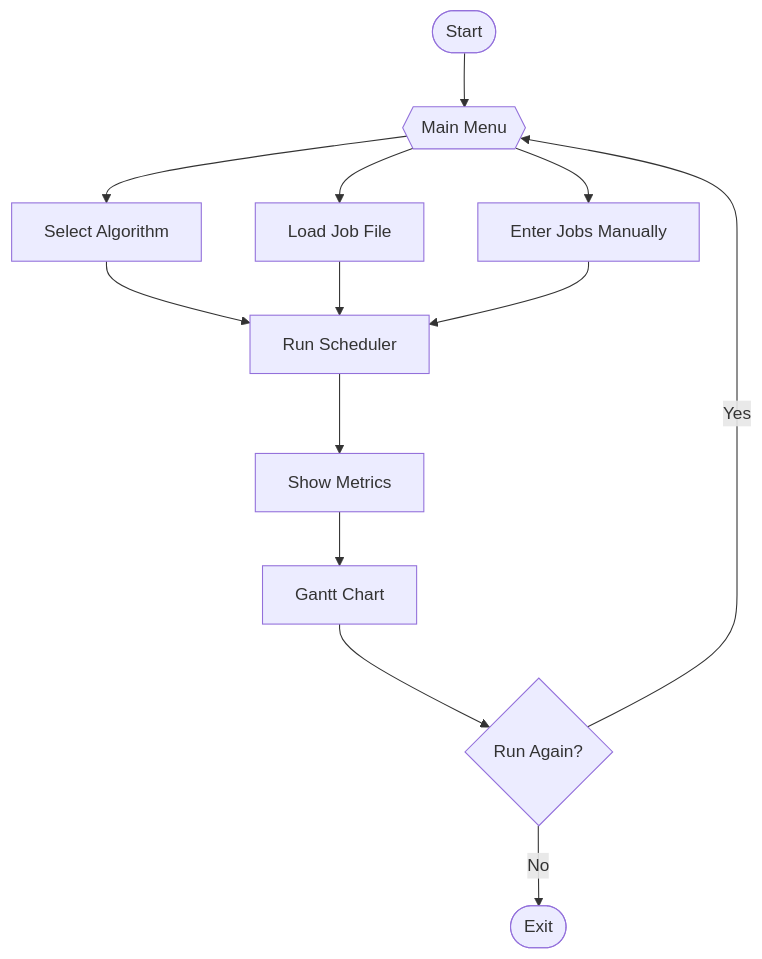
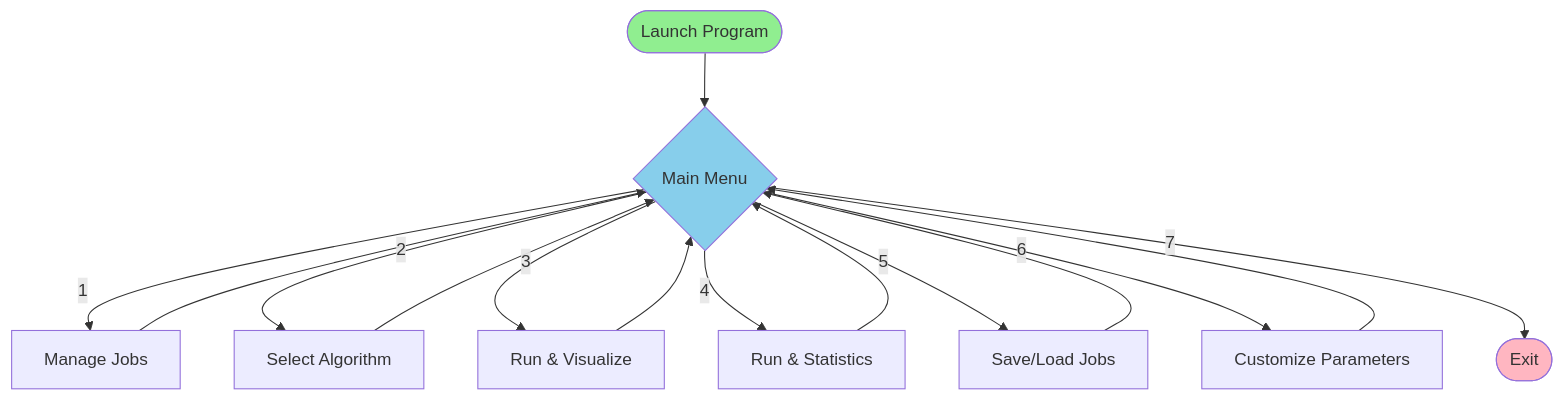
One commit to 17kaushalsingh/Job-Scheduling-Algorithms changed the second of 2 diagrams in README.md. Above: the diagram before and after it, drawn with Mermaid. The commit also changed other lines of this file and 11 other files, not shown here.

````diff
--- a/README.md
+++ b/README.md
@@ -83,26 +238,25 @@
 ```mermaid
 flowchart TD
-    Start([Start])
-    Menu{{Main Menu}}
-    Alg[Select Algorithm]
-    Load[Load Job File]
-    Manual[Enter Jobs Manually]
-    Run[Run Scheduler]
-    Metrics[Show Metrics]
-    Gantt[Gantt Chart]
-    Again{Run Again?}
+    Start([Launch Program])
+    MainMenu{Main Menu}
+    ManageJobs[Manage Jobs]
+    SelectAlgo[Select Algorithm]
+    RunViz[Run & Visualize]
+    RunStats[Run & Statistics]
+    Persist[Save/Load Jobs]
+    Custom[Customize Parameters]
     Exit([Exit])
 
-    Start --> Menu
-    Menu --> Alg
-    Menu --> Load
-    Menu --> Manual
-    Alg --> Run
-    Load --> Run
-    Manual --> Run
-    Run --> Metrics
-    Metrics --> Gantt
-    Gantt --> Again
-    Again -->|Yes| Menu
-    Again -->|No| Exit
+    Start --> MainMenu
+    MainMenu -->|1| ManageJobs --> MainMenu
+    MainMenu -->|2| SelectAlgo --> MainMenu
+    MainMenu -->|3| RunViz --> MainMenu
+    MainMenu -->|4| RunStats --> MainMenu
+    MainMenu -->|5| Persist --> MainMenu
+    MainMenu -->|6| Custom --> MainMenu
+    MainMenu -->|7| Exit
+
+    style Start fill:#90EE90
+    style Exit fill:#FFB6C1
+    style MainMenu fill:#87CEEB
 ```
````
